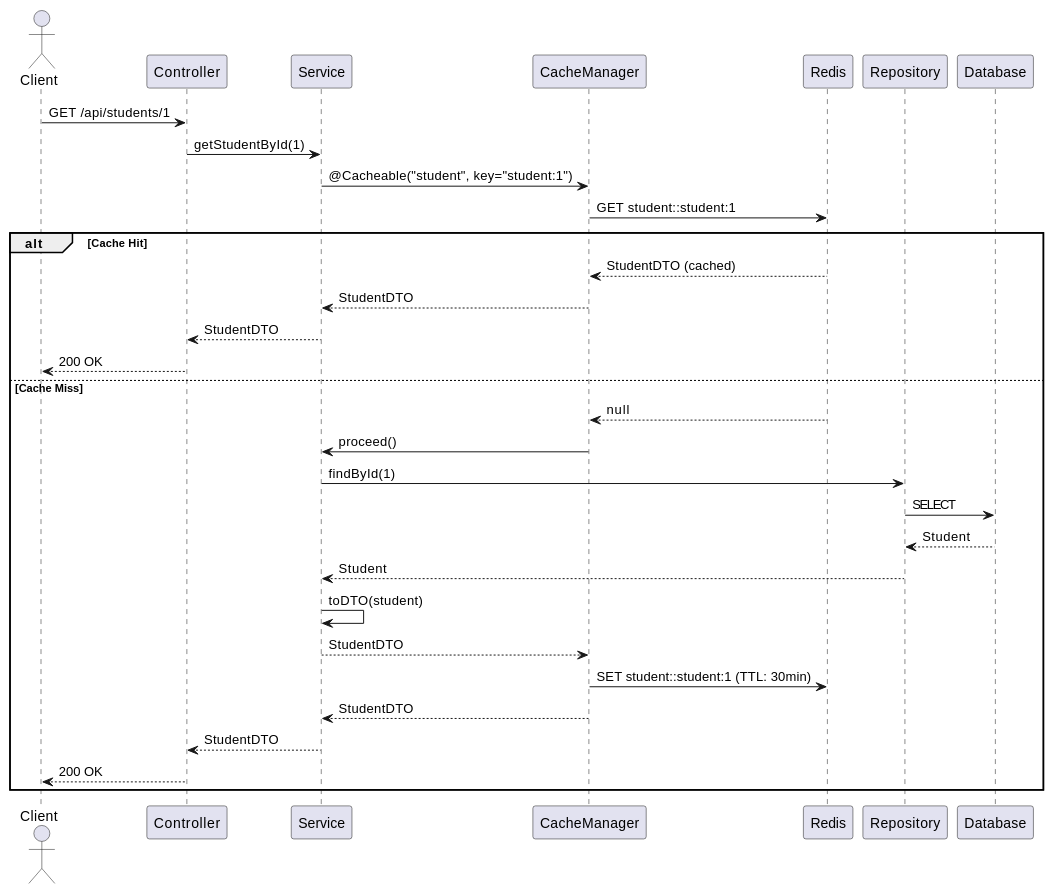
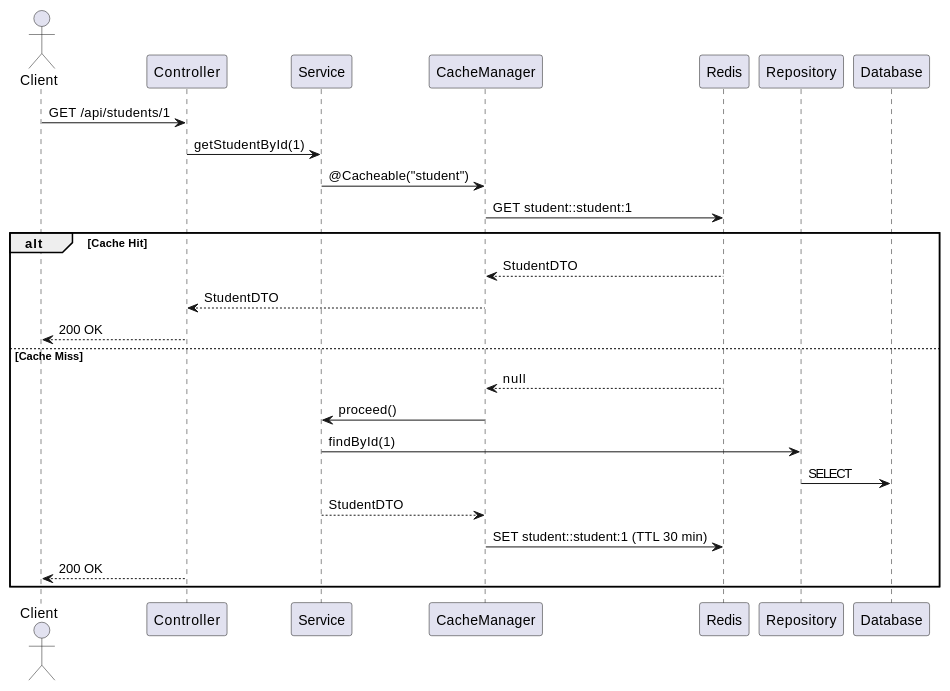
Before and after one commit to saurabh989759/saurabh-academy: the second of 3 diagrams in PROJECT_DOCUMENTATION.md, drawn with PlantUML. The commit also changed other lines of this file and 99 other files, not shown here.

````diff
--- a/PROJECT_DOCUMENTATION.md
+++ b/PROJECT_DOCUMENTATION.md
@@ -958,35 +541,30 @@
 ```plantuml
-@startuml Student Retrieval Cached
+@startuml
 actor Client
 participant Controller
 participant Service
 participant CacheManager
 participant Redis
 participant Repository
 participant Database
 
 Client -> Controller: GET /api/students/1
 Controller -> Service: getStudentById(1)
-Service -> CacheManager: @Cacheable("student", key="student:1")
+Service -> CacheManager: @Cacheable("student")
 CacheManager -> Redis: GET student::student:1
+
 alt Cache Hit
-    Redis --> CacheManager: StudentDTO (cached)
-    CacheManager --> Service: StudentDTO
-    Service --> Controller: StudentDTO
+    Redis --> CacheManager: StudentDTO
+    CacheManager --> Controller: StudentDTO
     Controller --> Client: 200 OK
 else Cache Miss
     Redis --> CacheManager: null
     CacheManager -> Service: proceed()
     Service -> Repository: findById(1)
     Repository -> Database: SELECT
-    Database --> Repository: Student
-    Repository --> Service: Student
-    Service -> Service: toDTO(student)
     Service --> CacheManager: StudentDTO
-    CacheManager -> Redis: SET student::student:1 (TTL: 30min)
-    CacheManager --> Service: StudentDTO
-    Service --> Controller: StudentDTO
+    CacheManager -> Redis: SET student::student:1 (TTL 30 min)
     Controller --> Client: 200 OK
 end
 @enduml
 ```
````
